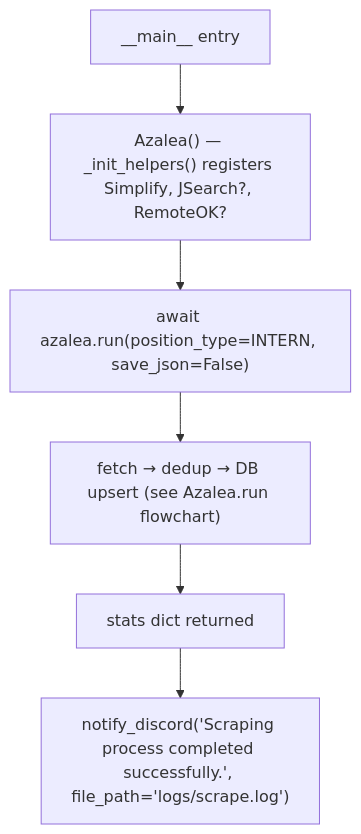
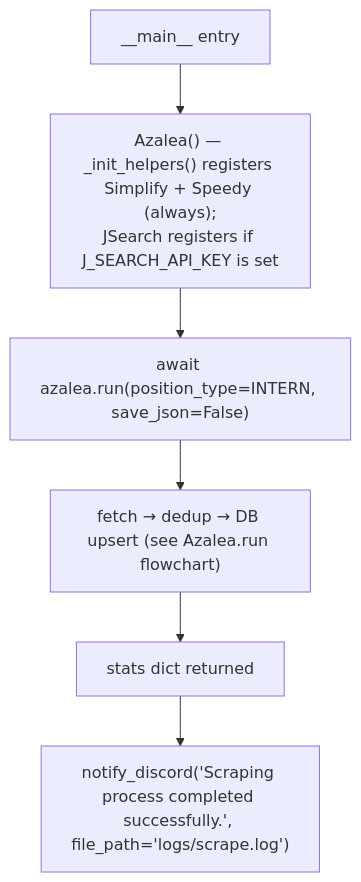
One commit to AustinDwomoh/libra changed the diagram in docs/diagrams/scrape_seq.md. Above: the diagram before and after it, drawn with Mermaid. The commit also changed 27 other files, not shown here.

````diff
--- a/docs/diagrams/scrape_seq.md
+++ b/docs/diagrams/scrape_seq.md
@@ -1,9 +1,9 @@
 ```mermaid
 %% flowchart — Tasks/scrape.py main() (entry point)
 flowchart TD
-    A["__main__ entry"] --> B["Azalea() — _init_helpers() registers Simplify, JSearch?, RemoteOK?"]
+    A["__main__ entry"] --> B["Azalea() — _init_helpers() registers Simplify + Speedy (always);<br/>JSearch registers if J_SEARCH_API_KEY is set"]
     B --> C["await azalea.run(position_type=INTERN, save_json=False)"]
     C --> D["fetch → dedup → DB upsert (see Azalea.run flowchart)"]
     D --> E[stats dict returned]
     E --> F["notify_discord('Scraping process completed successfully.', file_path='logs/scrape.log')"]
 ```
````
